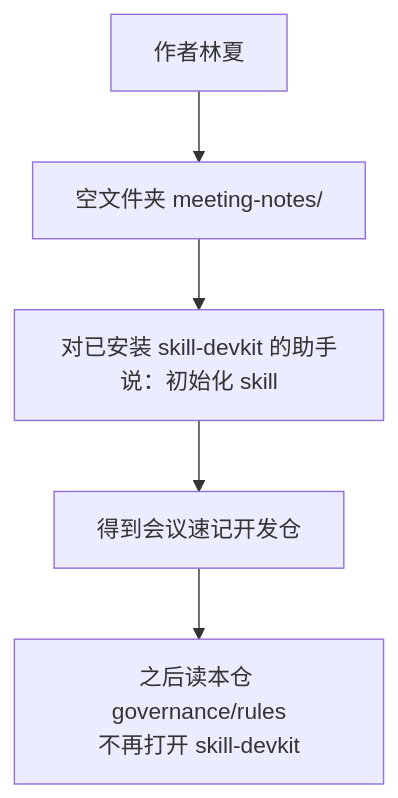
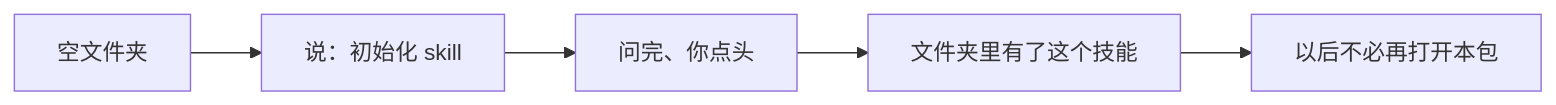
Before and after one commit to qiusuo0226/skill-devkit-skill: the diagram in examples/README.md, drawn with Mermaid. The commit also changed other lines of this file and 17 other files, not shown here.

````diff
--- a/examples/README.md
+++ b/examples/README.md
@@ -7,7 +7,7 @@
 ```mermaid
-flowchart TB
-    A["作者林夏"] --> B["空文件夹 meeting-notes/"]
-    B --> C["对已安装 skill-devkit 的助手说：初始化 skill"]
-    C --> D["得到会议速记开发仓"]
-    D --> E["之后读本仓 governance/rules\n不再打开 skill-devkit"]
+flowchart LR
+    A["空文件夹"] --> B["说：初始化 skill"]
+    B --> C["问完、你点头"]
+    C --> D["文件夹里有了这个技能"]
+    D --> E["以后不必再打开本包"]
 ```
````
